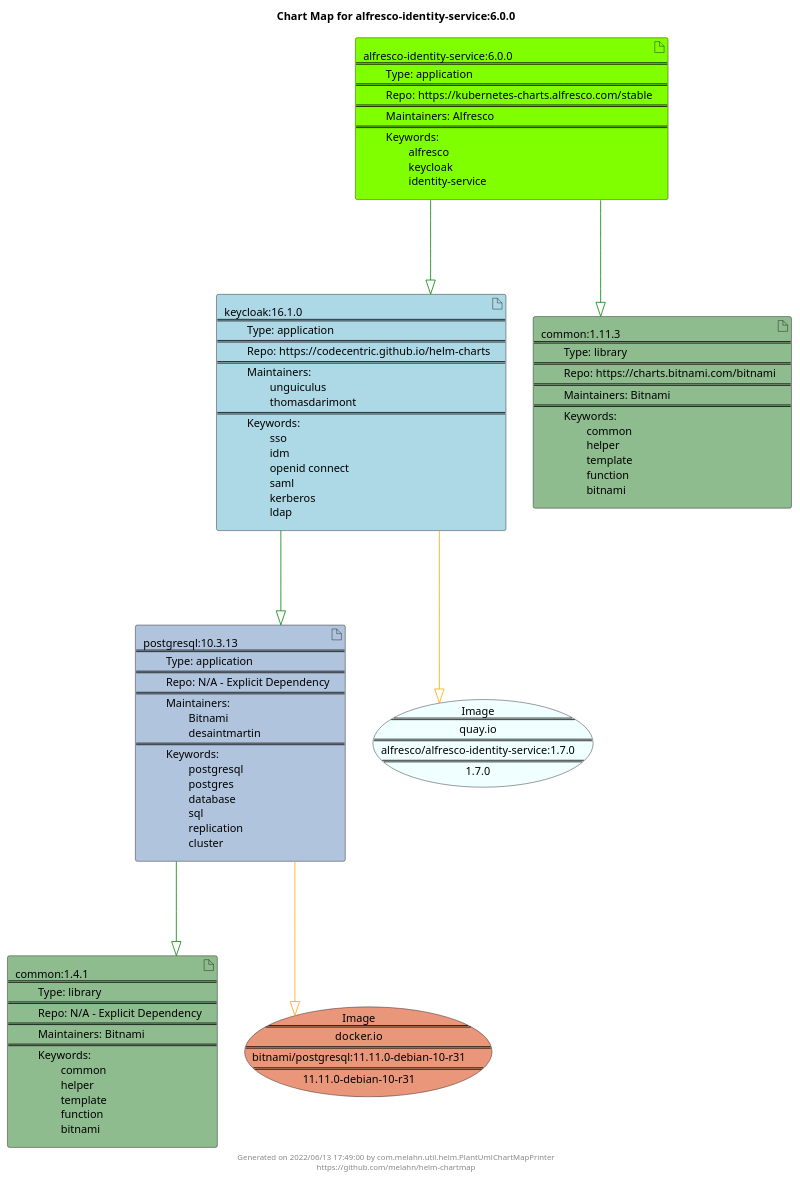
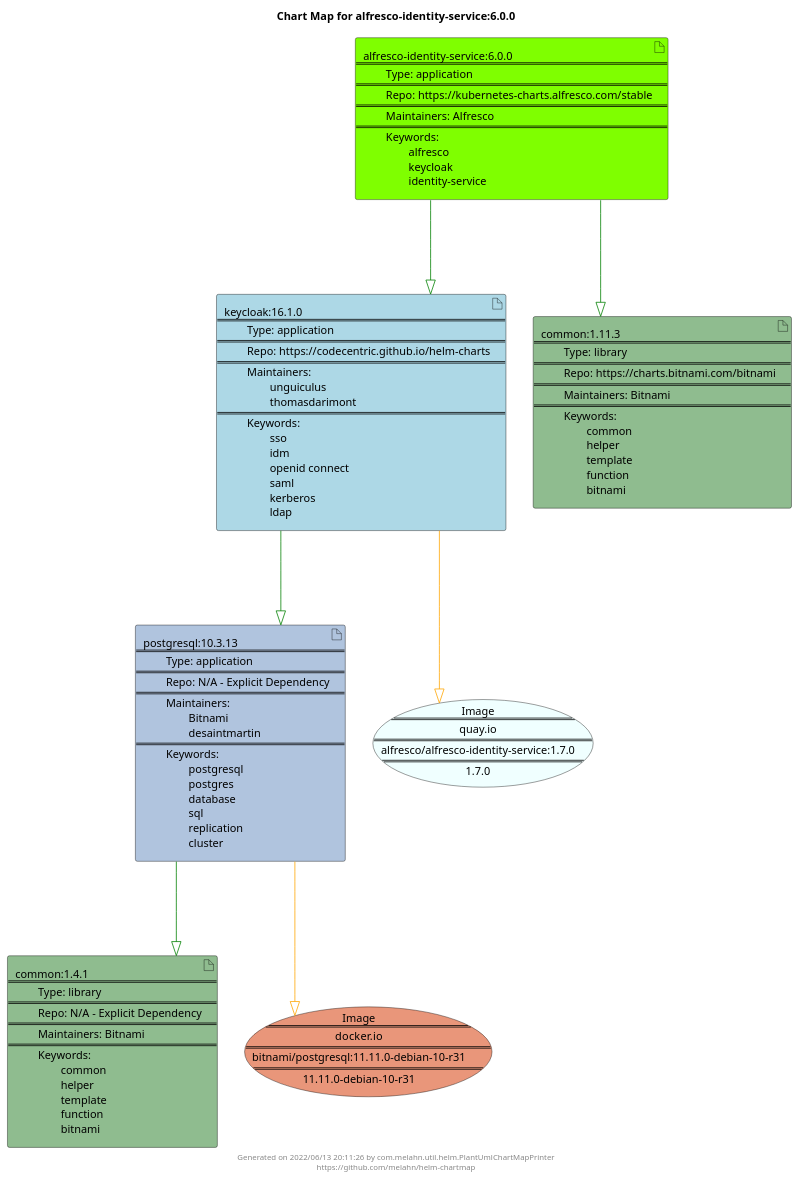
The diagram in docs/alfresco-identity-service/alfresco-identity-service-6.0.0.puml (melahn/helm-chartmap), drawn with PlantUML before and after one commit. The commit also changed 59 other files, not shown here.

Commit message:
Update Example Chart Maps as part of GitHub build

```diff
--- a/docs/alfresco-identity-service/alfresco-identity-service-6.0.0.puml
+++ b/docs/alfresco-identity-service/alfresco-identity-service-6.0.0.puml
@@ -1,31 +1,31 @@
 @startuml
 skinparam linetype ortho
 skinparam backgroundColor white
 skinparam usecaseBorderColor black
 skinparam usecaseArrowColor LightSlateGray
 skinparam artifactBorderColor black
 skinparam artifactArrowColor LightSlateGray
 
 title Chart Map for alfresco-identity-service:6.0.0
 
 'There are 5 referenced Helm Charts
 artifact "common:1.4.1\n====\n\tType: library\n====\n\tRepo: N/A - Explicit Dependency\n====\n\tMaintainers: Bitnami\n====\n\tKeywords: \n\t\tcommon\n\t\thelper\n\t\ttemplate\n\t\tfunction\n\t\tbitnami" as common_1_4_1 #DarkSeaGreen
 artifact "keycloak:16.1.0\n====\n\tType: application\n====\n\tRepo: https://codecentric.github.io/helm-charts\n====\n\tMaintainers: \n\t\tunguiculus\n\t\tthomasdarimont\n====\n\tKeywords: \n\t\tsso\n\t\tidm\n\t\topenid connect\n\t\tsaml\n\t\tkerberos\n\t\tldap" as keycloak_16_1_0 #LightBlue
 artifact "postgresql:10.3.13\n====\n\tType: application\n====\n\tRepo: N/A - Explicit Dependency\n====\n\tMaintainers: \n\t\tBitnami\n\t\tdesaintmartin\n====\n\tKeywords: \n\t\tpostgresql\n\t\tpostgres\n\t\tdatabase\n\t\tsql\n\t\treplication\n\t\tcluster" as postgresql_10_3_13 #LightSteelBlue
 artifact "alfresco-identity-service:6.0.0\n====\n\tType: application\n====\n\tRepo: https://kubernetes-charts.alfresco.com/stable\n====\n\tMaintainers: Alfresco\n====\n\tKeywords: \n\t\talfresco\n\t\tkeycloak\n\t\tidentity-service" as alfresco_identity_service_6_0_0 #Chartreuse
 artifact "common:1.11.3\n====\n\tType: library\n====\n\tRepo: https://charts.bitnami.com/bitnami\n====\n\tMaintainers: Bitnami\n====\n\tKeywords: \n\t\tcommon\n\t\thelper\n\t\ttemplate\n\t\tfunction\n\t\tbitnami" as common_1_11_3 #DarkSeaGreen
 
 'There are 2 referenced Docker Images
 usecase "Image\n====\nquay.io\n====\nalfresco/alfresco-identity-service:1.7.0\n====\n1.7.0" as quay_io_alfresco_alfresco_identity_service_1_7_0 #Azure
 usecase "Image\n====\ndocker.io\n====\nbitnami/postgresql:11.11.0-debian-10-r31\n====\n11.11.0-debian-10-r31" as docker_io_bitnami_postgresql_11_11_0_debian_10_r31 #DarkSalmon
 
 'Chart Dependencies
-alfresco_identity_service_6_0_0--[#green]-|>common_1_11_3
 alfresco_identity_service_6_0_0--[#green]-|>keycloak_16_1_0
 keycloak_16_1_0--[#green]-|>postgresql_10_3_13
 postgresql_10_3_13--[#green]-|>common_1_4_1
+alfresco_identity_service_6_0_0--[#green]-|>common_1_11_3
 keycloak_16_1_0--[#orange]-|>quay_io_alfresco_alfresco_identity_service_1_7_0
 postgresql_10_3_13--[#orange]-|>docker_io_bitnami_postgresql_11_11_0_debian_10_r31
 
-center footer Generated on 2022/06/13 17:49:00 by com.melahn.util.helm.PlantUmlChartMapPrinter\nhttps://github.com/melahn/helm-chartmap
+center footer Generated on 2022/06/13 20:11:26 by com.melahn.util.helm.PlantUmlChartMapPrinter\nhttps://github.com/melahn/helm-chartmap
 @enduml
```
